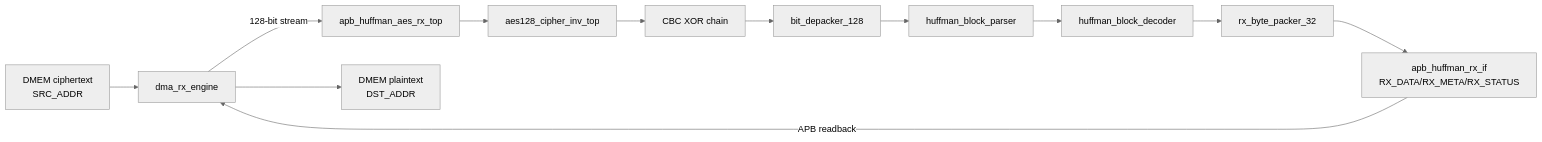
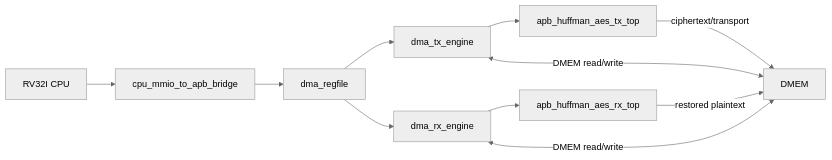
Before and after one commit to ngoquocan139/AES_huffman_all6: the diagram in README.md, drawn with Mermaid (neutral theme). The commit also changed other lines of this file, not shown here.

````diff
--- a/README.md
+++ b/README.md
@@ -241,14 +31,13 @@
 ```mermaid
 flowchart LR
-  SRC["DMEM ciphertext\nSRC_ADDR"] --> RXDMA["dma_rx_engine"]
-  RXDMA -->|"128-bit stream"| RXTOP["apb_huffman_aes_rx_top"]
-  RXTOP --> AESD["aes128_cipher_inv_top"]
-  AESD --> CBC["CBC XOR chain"]
-  CBC --> DEP["bit_depacker_128"]
-  DEP --> PAR["huffman_block_parser"]
-  PAR --> DEC["huffman_block_decoder"]
-  DEC --> PK["rx_byte_packer_32"]
-  PK --> APB["apb_huffman_rx_if\nRX_DATA/RX_META/RX_STATUS"]
-  APB -->|"APB readback"| RXDMA
-  RXDMA --> DST["DMEM plaintext\nDST_ADDR"]
+  CPU["RV32I CPU"] --> BR["cpu_mmio_to_apb_bridge"]
+  BR --> REG["dma_regfile"]
+  REG --> TXDMA["dma_tx_engine"]
+  REG --> RXDMA["dma_rx_engine"]
+  TXDMA --> TX["apb_huffman_aes_tx_top"]
+  RXDMA --> RX["apb_huffman_aes_rx_top"]
+  TXDMA <-->|"DMEM read/write"| DMEM["DMEM"]
+  RXDMA <-->|"DMEM read/write"| DMEM
+  TX -->|"ciphertext/transport"| DMEM
+  RX -->|"restored plaintext"| DMEM
 ```
````
